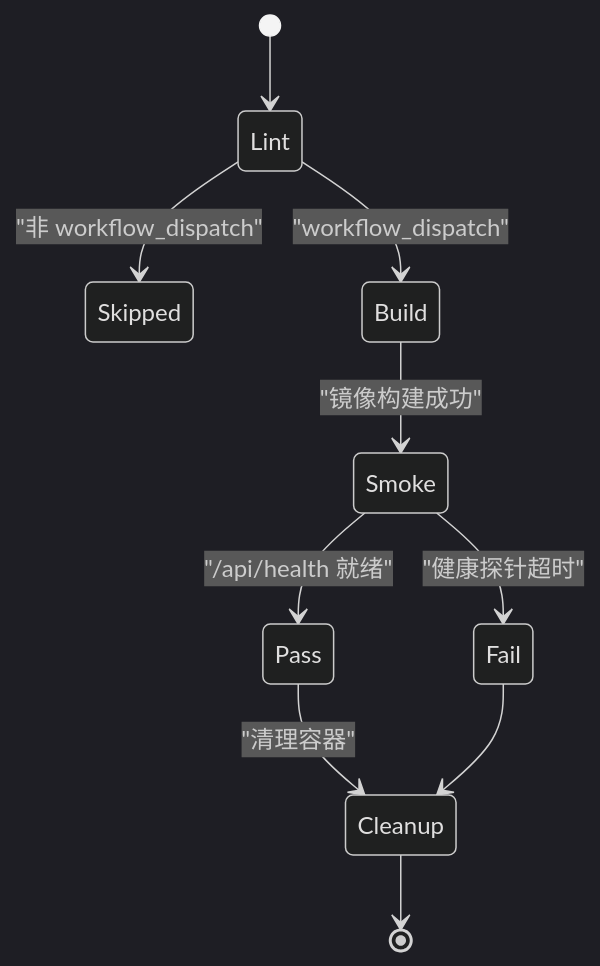
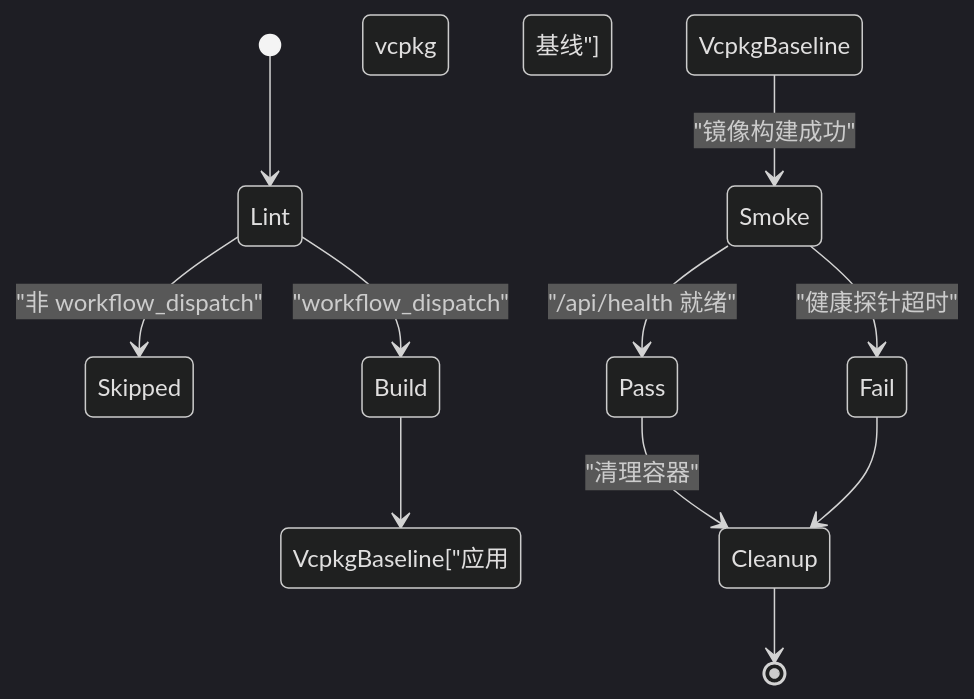
One commit to hsmbanlance/HsBaSlicer changed the eighth of 11 diagrams in .qoder/repowiki/zh/content/开发测试与贡献/CI_CD流水线增强.md. Above: the diagram before and after it, drawn with Mermaid (dark theme). The commit also changed other lines of this file and 172 other files, not shown here.

````diff
--- a/.qoder/repowiki/zh/content/开发测试与贡献/CI_CD流水线增强.md
+++ b/.qoder/repowiki/zh/content/开发测试与贡献/CI_CD流水线增强.md
@@ -374,12 +383,13 @@
 ```mermaid
 stateDiagram-v2
 [*] --> Lint
 Lint --> Skipped : "非 workflow_dispatch"
 Lint --> Build : "workflow_dispatch"
-Build --> Smoke : "镜像构建成功"
+Build --> VcpkgBaseline["应用 vcpkg 基线"]
+VcpkgBaseline --> Smoke : "镜像构建成功"
 Smoke --> Pass : "/api/health 就绪"
 Smoke --> Fail : "健康探针超时"
 Pass --> Cleanup : "清理容器"
 Fail --> Cleanup
 Cleanup --> [*]
 ```
````
